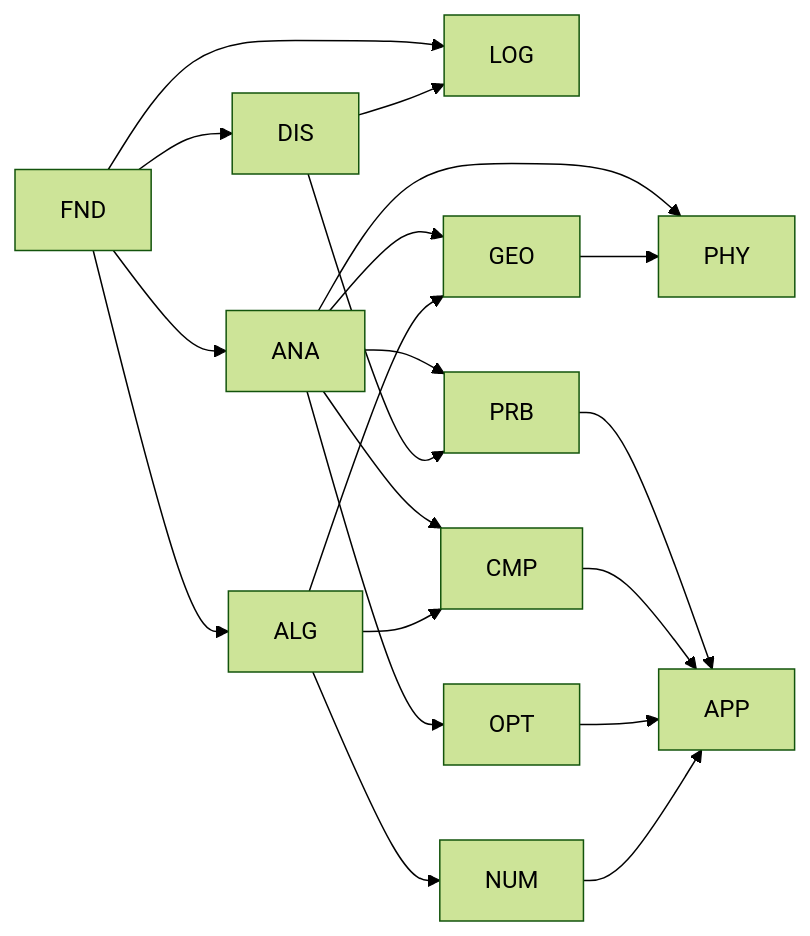
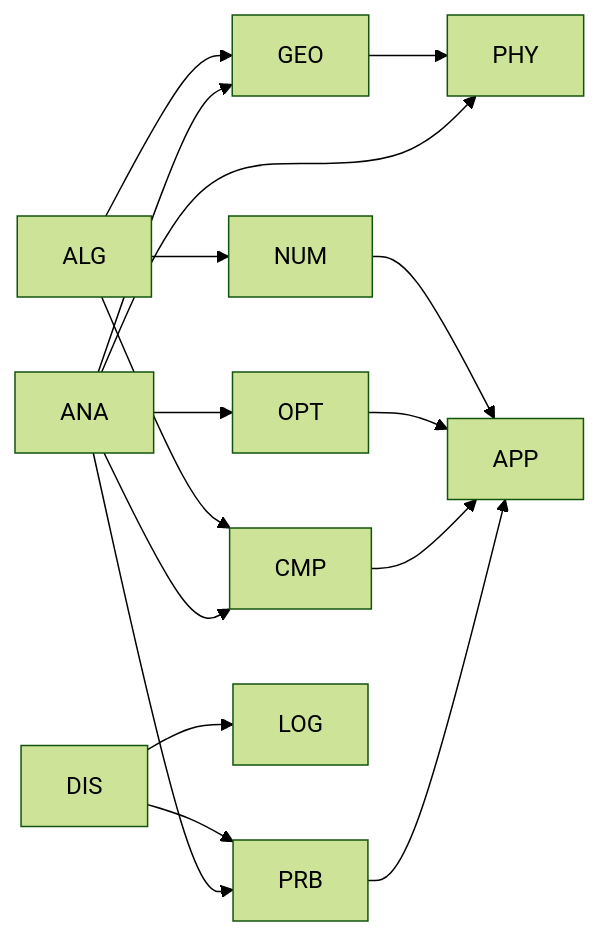
Before and after one commit to nmutovkin/maths: the diagram in curriculum/01-disciplines.md, drawn with Mermaid (forest theme). The commit also changed other lines of this file and 2 other files, not shown here.

````diff
--- a/curriculum/01-disciplines.md
+++ b/curriculum/01-disciplines.md
@@ -38,12 +41,11 @@
 ```mermaid
 flowchart LR
-  FND --> ANA & ALG & DIS & LOG
   ANA --> GEO & PRB & CMP & OPT & PHY
   ALG --> GEO & NUM & CMP
   DIS --> PRB & LOG
   GEO --> PHY
   PRB --> APP
   CMP --> APP
   OPT --> APP
   NUM --> APP
 ```
````
